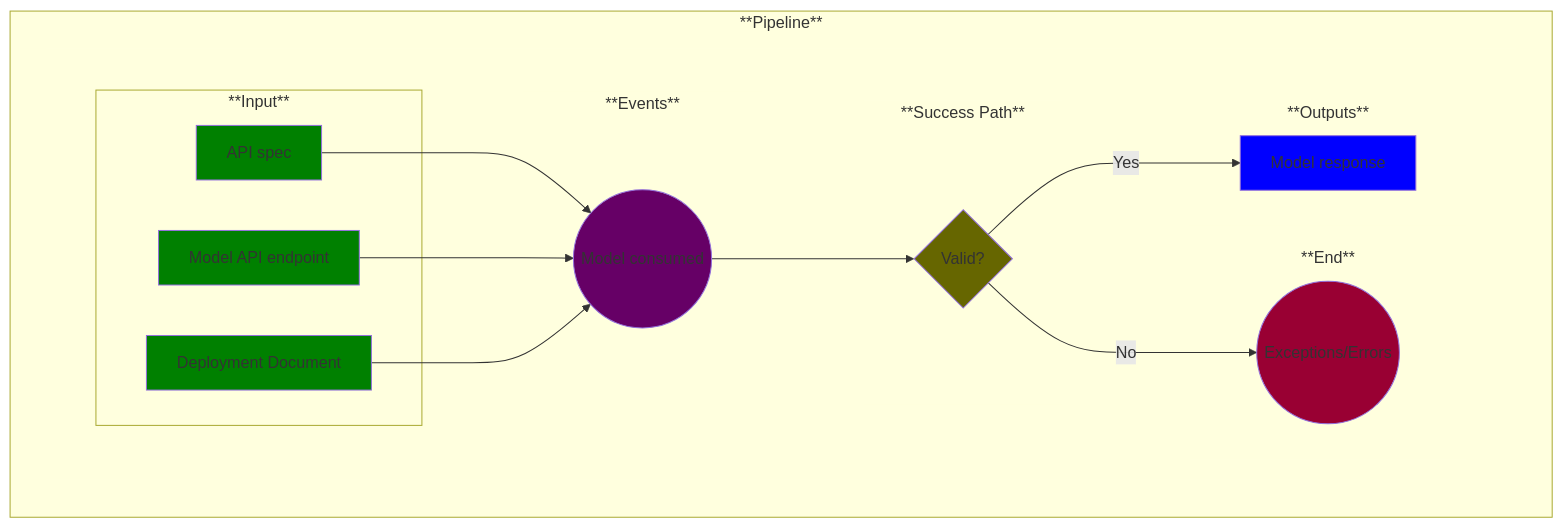
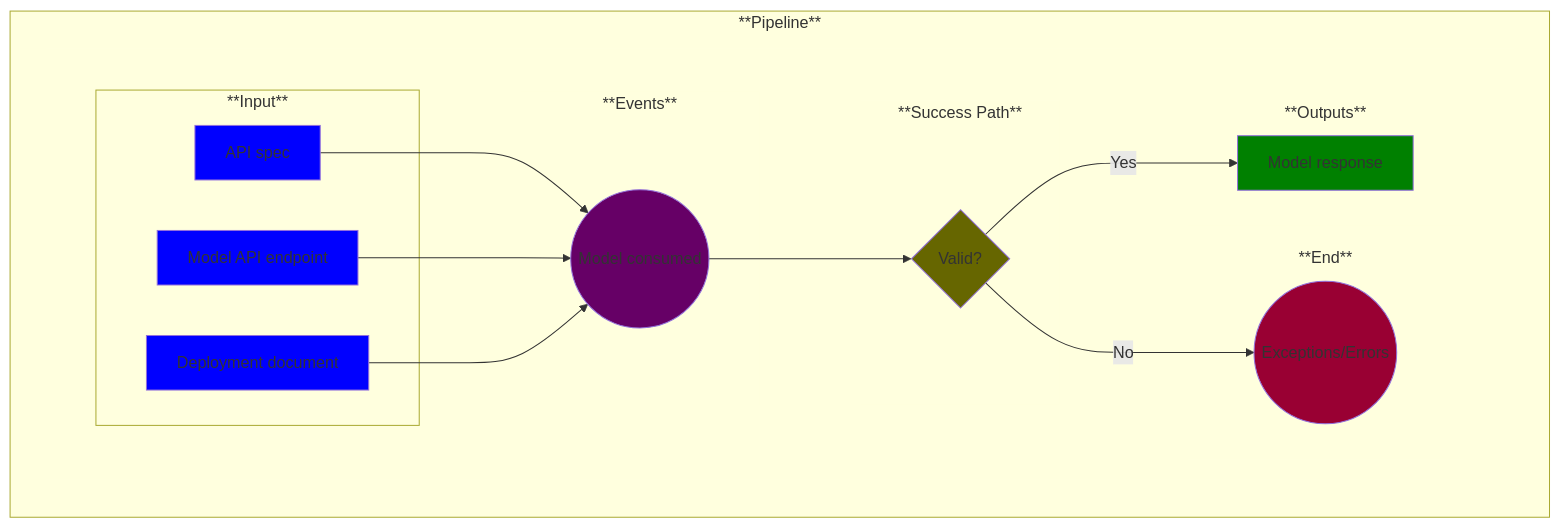
The diagram in use-cases/20-model-consumed.md (MLOps-OpenAPI/arch-diagrams), drawn with Mermaid before and after one commit. The commit also changed 9 other files, not shown here.

````diff
--- a/use-cases/20-model-consumed.md
+++ b/use-cases/20-model-consumed.md
@@ -21,80 +21,80 @@
 ```mermaid
 
 %% Creating a left-to-right flowchart
 %% Learn the syntax here: https://mermaid.js.org/syntax/flowchart.html
 %% Note: flowchart and graph are the same in Mermaid
 graph LR;
 
     %% Define the common flow items:
     %%A--> B
     %%B-->C
     subgraph Pipeline ["**Pipeline**"]
         
         %% Add an empty node to overcome some formatting issues
         subgraph invisibleSpace["<br/>"]
 
             %% Add the rest of the nodes
             subgraph Inputs ["**Input**"]
                 A1
             end
             subgraph Inputs ["**Input**"]
                 A2
             end
             subgraph Inputs ["**Input**"]
                 A3
             end
             subgraph Events ["**Events**"]
                 B
             end
             subgraph Success ["**Success Path**"]
                 C
             end
             subgraph End ["**End**"]
                 D
             end
             subgraph Outputs ["**Outputs**"]
                 E
             end
         end
         A1-->B
         A2-->B
         A3-->B
         %%C--> | test text | D
         B-->C
         C--> | No | D
         C--> | Yes | E
     end
 
     %% Now label and style the blocks
     %% Note: You could have done this above, but I find this to be cleaner and easier to manage
 
     A1[API spec]
-    style A1 fill:green
+    style A1 fill:blue
 
     A2[Model API endpoint]
-    style A2 fill:green
+    style A2 fill:blue
 
-    A3[Deployment Document]
-    style A3 fill:green
+    A3[Deployment document]
+    style A3 fill:blue
 
     B((Model consumed))
     style B fill:#660066
 
     C{Valid?}
     style C fill:#666600
 
     D((Exceptions/Errors))
     style D fill:#990033
 
     E[Model response]
-    style E fill:blue
+    style E fill:green
 
     %% Remove unnecessary box outlines
     style invisibleSpace stroke-width:0
     style Inputs stroke-width:0
     style Events stroke-width:0
     style End stroke-width:0
     style Success stroke-width:0
     style Outputs stroke-width:0
 
 ```
````
